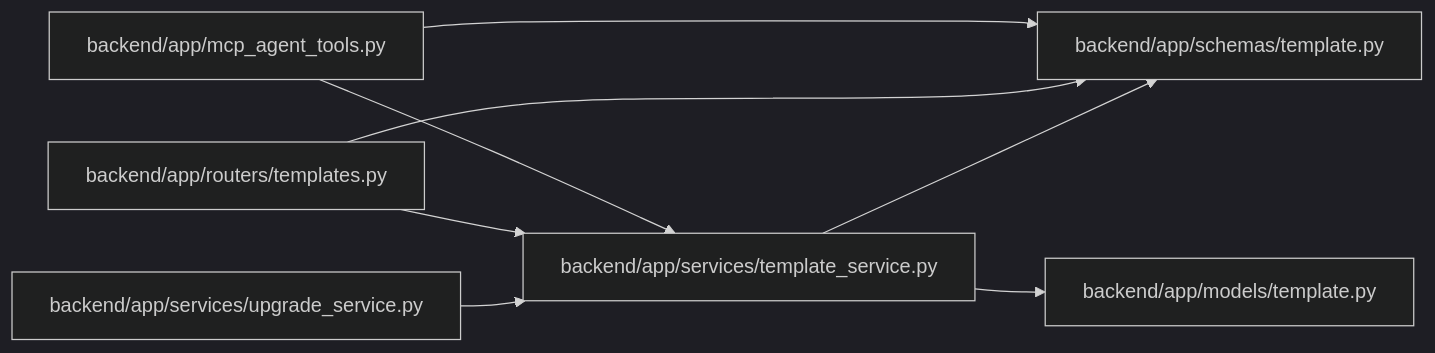
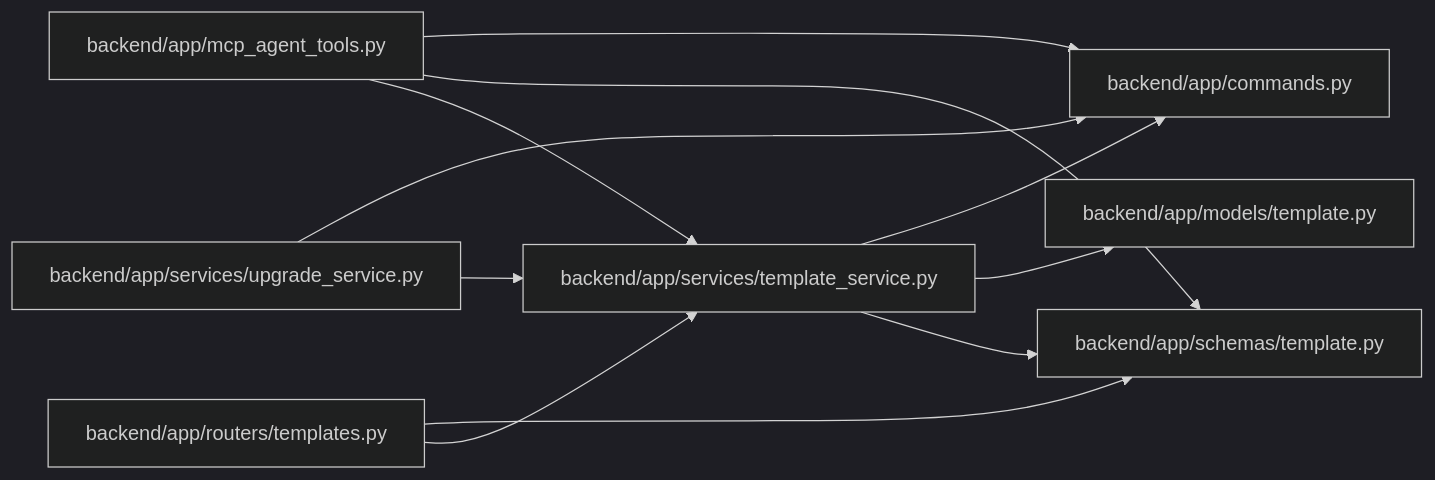
The diagram in docs/llm_wiki/modules/template_service.md (Denissvgn/WorkChord), drawn with Mermaid (dark theme) before and after one commit. The commit also changed other lines of this file and 958 other files, not shown here.

First line of the commit message:
docs(wiki): refresh identity and recovery architecture

````diff
--- a/docs/llm_wiki/modules/template_service.md
+++ b/docs/llm_wiki/modules/template_service.md
@@ -22,22 +23,27 @@
 ```mermaid
 flowchart LR
-    n0["backend/app/mcp_agent_tools.py"]
-    n1["backend/app/models/template.py"]
-    n2["backend/app/routers/templates.py"]
-    n3["backend/app/schemas/template.py"]
-    n4["backend/app/services/template_service.py"]
-    n5["backend/app/services/upgrade_service.py"]
-    n0 --> n3
-    n0 --> n4
-    n2 --> n3
-    n2 --> n4
-    n4 --> n1
-    n4 --> n3
+    n0["backend/app/commands.py"]
+    n1["backend/app/mcp_agent_tools.py"]
+    n2["backend/app/models/template.py"]
+    n3["backend/app/routers/templates.py"]
+    n4["backend/app/schemas/template.py"]
+    n5["backend/app/services/template_service.py"]
+    n6["backend/app/services/upgrade_service.py"]
+    n1 --> n0
+    n1 --> n4
+    n1 --> n5
+    n3 --> n4
+    n3 --> n5
+    n5 --> n0
+    n5 --> n2
     n5 --> n4
-    click n0 "../modules/mcp_agent_tools.md"
-    click n1 "../modules/models_template.md"
-    click n2 "../modules/templates.md"
-    click n3 "../modules/schemas_template.md"
-    click n4 "../modules/template_service.md"
-    click n5 "../modules/upgrade_service.md"
+    n6 --> n0
+    n6 --> n5
+    click n0 "../modules/commands.md"
+    click n1 "../modules/mcp_agent_tools.md"
+    click n2 "../modules/models_template.md"
+    click n3 "../modules/templates.md"
+    click n4 "../modules/schemas_template.md"
+    click n5 "../modules/template_service.md"
+    click n6 "../modules/upgrade_service.md"
 ```
````
